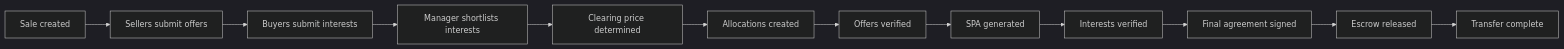
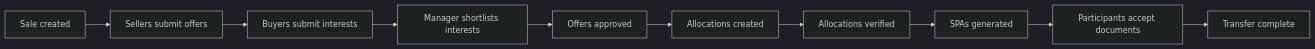
Before and after one commit to sampadadiwan/IRM_CompanyMain: the second of 6 diagrams in docs/user_guides/secondary_sales_user_guide.md, drawn with Mermaid (dark theme). The commit also changed other lines of this file and 135 other files, not shown here.

````diff
--- a/docs/user_guides/secondary_sales_user_guide.md
+++ b/docs/user_guides/secondary_sales_user_guide.md
@@ -65,14 +67,12 @@
 ```mermaid
 flowchart LR
     A[Sale created] --> B[Sellers submit offers]
     B --> C[Buyers submit interests]
     C --> D[Manager shortlists interests]
-    D --> E[Clearing price determined]
+    D --> E[Offers approved]
     E --> F[Allocations created]
-    F --> G[Offers verified]
-    G --> H[SPA generated]
-    H --> I[Interests verified]
-    I --> J[Final agreement signed]
-    J --> K[Escrow released]
-    K --> L[Transfer complete]
+    F --> G[Allocations verified]
+    G --> H[SPAs generated]
+    H --> J[Participants accept documents]
+    J --> L[Transfer complete]
 ```
````
